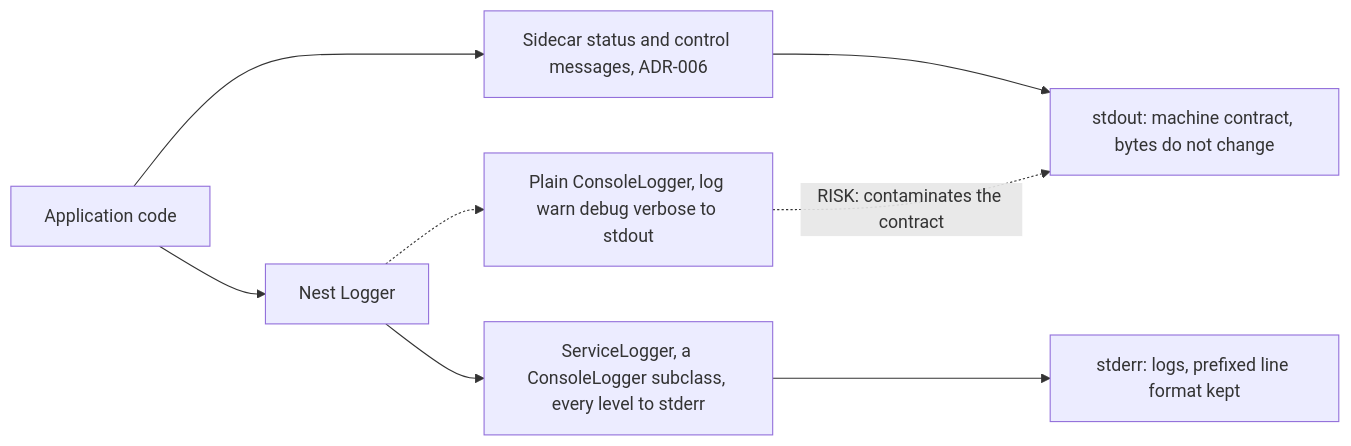
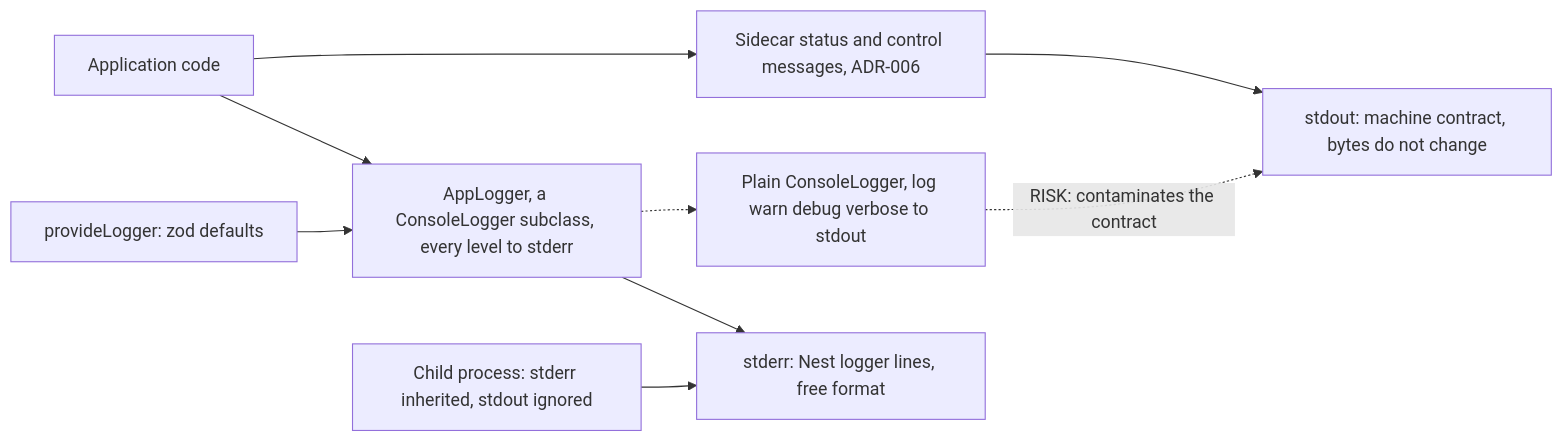
One commit to virgenherrera/lan-solution-template changed the fourth of 4 diagrams in docs/architecture/nest-standalone-boot.md. Above: the diagram before and after it, drawn with Mermaid. The commit also changed other lines of this file and 5 other files, not shown here.

First line of the commit message:
docs: align the logging docs with the Nest logger

````diff
--- a/docs/architecture/nest-standalone-boot.md
+++ b/docs/architecture/nest-standalone-boot.md
@@ -174,17 +174,19 @@
 ```mermaid
 flowchart LR
     Code["Application code"]
     Contract["Sidecar status and control messages, ADR-006"]
-    Logger["Nest Logger"]
-    Sub["ServiceLogger, a ConsoleLogger subclass, every level to stderr"]
+    Factory["provideLogger: zod defaults"]
+    Logger["AppLogger, a ConsoleLogger subclass, every level to stderr"]
     Risk["Plain ConsoleLogger, log warn debug verbose to stdout"]
+    Child["Child process: stderr inherited, stdout ignored"]
     Out["stdout: machine contract, bytes do not change"]
-    Err["stderr: logs, prefixed line format kept"]
+    Err["stderr: Nest logger lines, free format"]
     Code --> Contract
     Code --> Logger
+    Factory --> Logger
     Contract --> Out
-    Logger --> Sub
-    Sub --> Err
+    Logger --> Err
+    Child --> Err
     Logger -.-> Risk
     Risk -.->|"RISK: contaminates the contract"| Out
 ```
````
